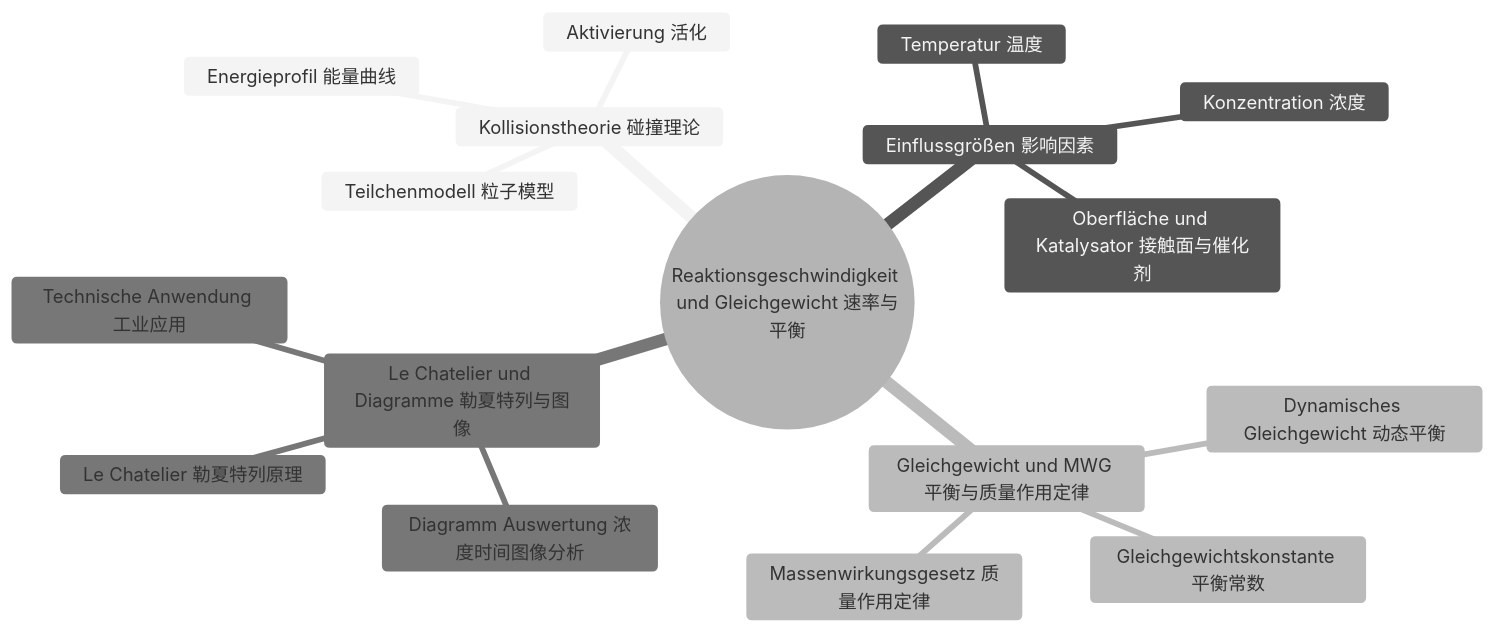
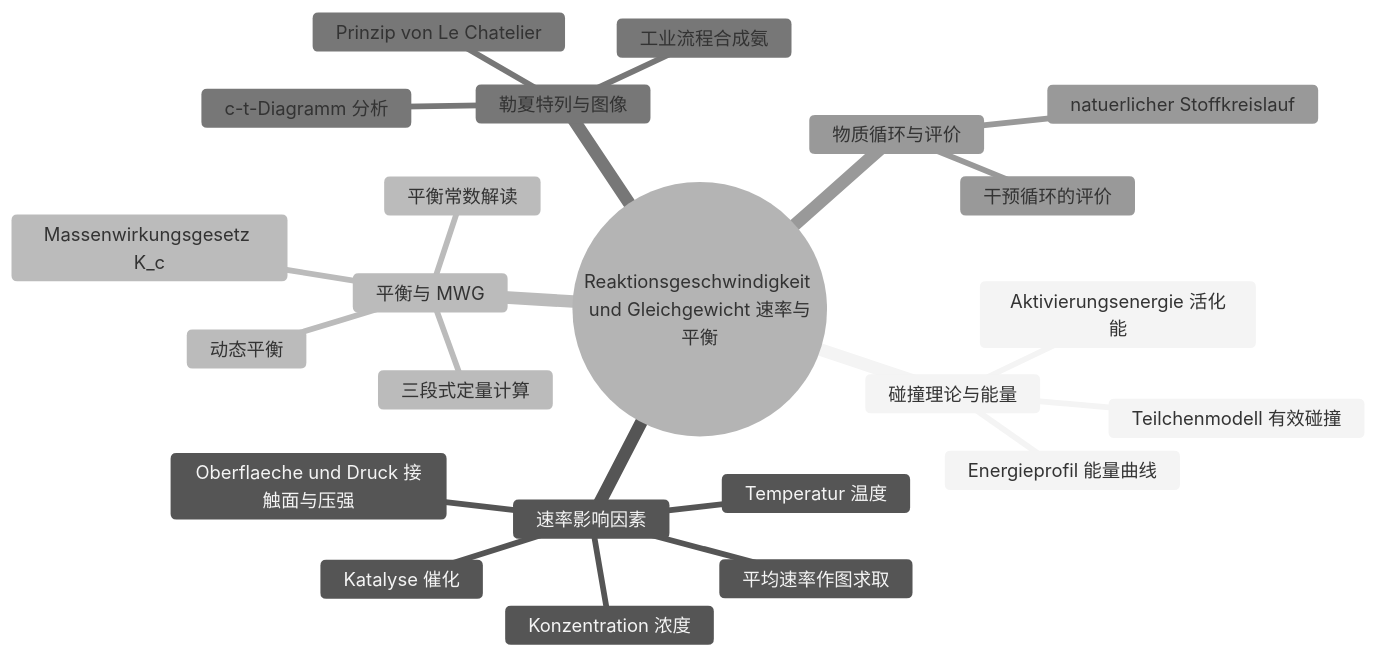
Before and after one commit to jjjjjjjjnnjnn/EF-GeWi-Lernvault: the third of 7 diagrams in 00_META/Lernbaum/Lernbaum-Chemie.md, drawn with Mermaid (neutral theme). The commit also changed other lines of this file and 5 other files, not shown here.

````diff
--- a/00_META/Lernbaum/Lernbaum-Chemie.md
+++ b/00_META/Lernbaum/Lernbaum-Chemie.md
@@ -60,20 +307,26 @@
 ```mermaid
 mindmap
   root((Reaktionsgeschwindigkeit und Gleichgewicht 速率与平衡))
-    Kollisionstheorie 碰撞理论
-      Teilchenmodell 粒子模型
-      Aktivierung 活化
+    碰撞理论与能量
+      Teilchenmodell 有效碰撞
+      Aktivierungsenergie 活化能
       Energieprofil 能量曲线
-    Einflussgrößen 影响因素
+    速率影响因素
       Konzentration 浓度
       Temperatur 温度
-      Oberfläche und Katalysator 接触面与催化剂
-    Gleichgewicht und MWG 平衡与质量作用定律
-      Dynamisches Gleichgewicht 动态平衡
-      Massenwirkungsgesetz 质量作用定律
-      Gleichgewichtskonstante 平衡常数
-    Le Chatelier und Diagramme 勒夏特列与图像
-      Le Chatelier 勒夏特列原理
-      Diagramm Auswertung 浓度时间图像分析
-      Technische Anwendung 工业应用
+      Oberflaeche und Druck 接触面与压强
+      Katalyse 催化
+      平均速率作图求取
+    平衡与 MWG
+      动态平衡
+      Massenwirkungsgesetz K_c
+      平衡常数解读
+      三段式定量计算
+    勒夏特列与图像
+      Prinzip von Le Chatelier
+      c-t-Diagramm 分析
+      工业流程合成氨
+    物质循环与评价
+      natuerlicher Stoffkreislauf
+      干预循环的评价
 ```
````
